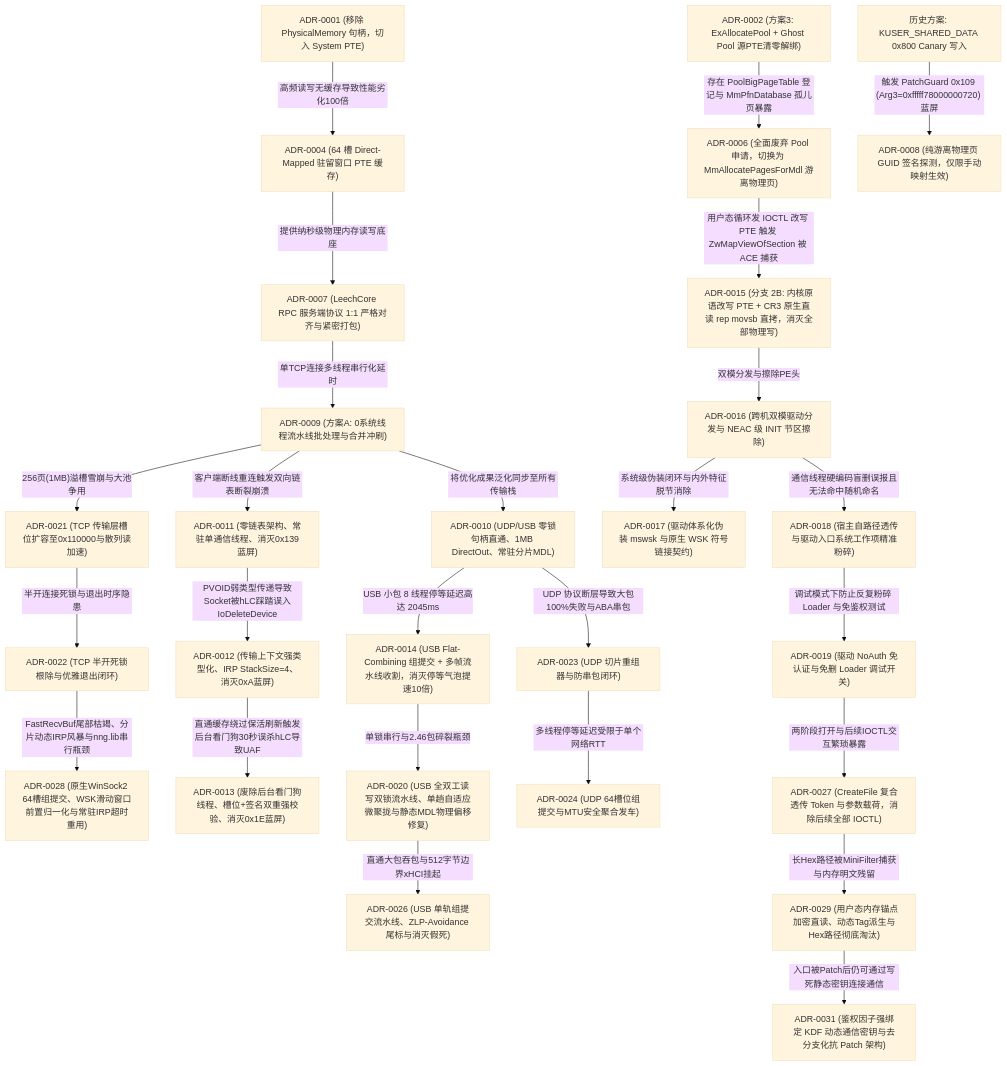
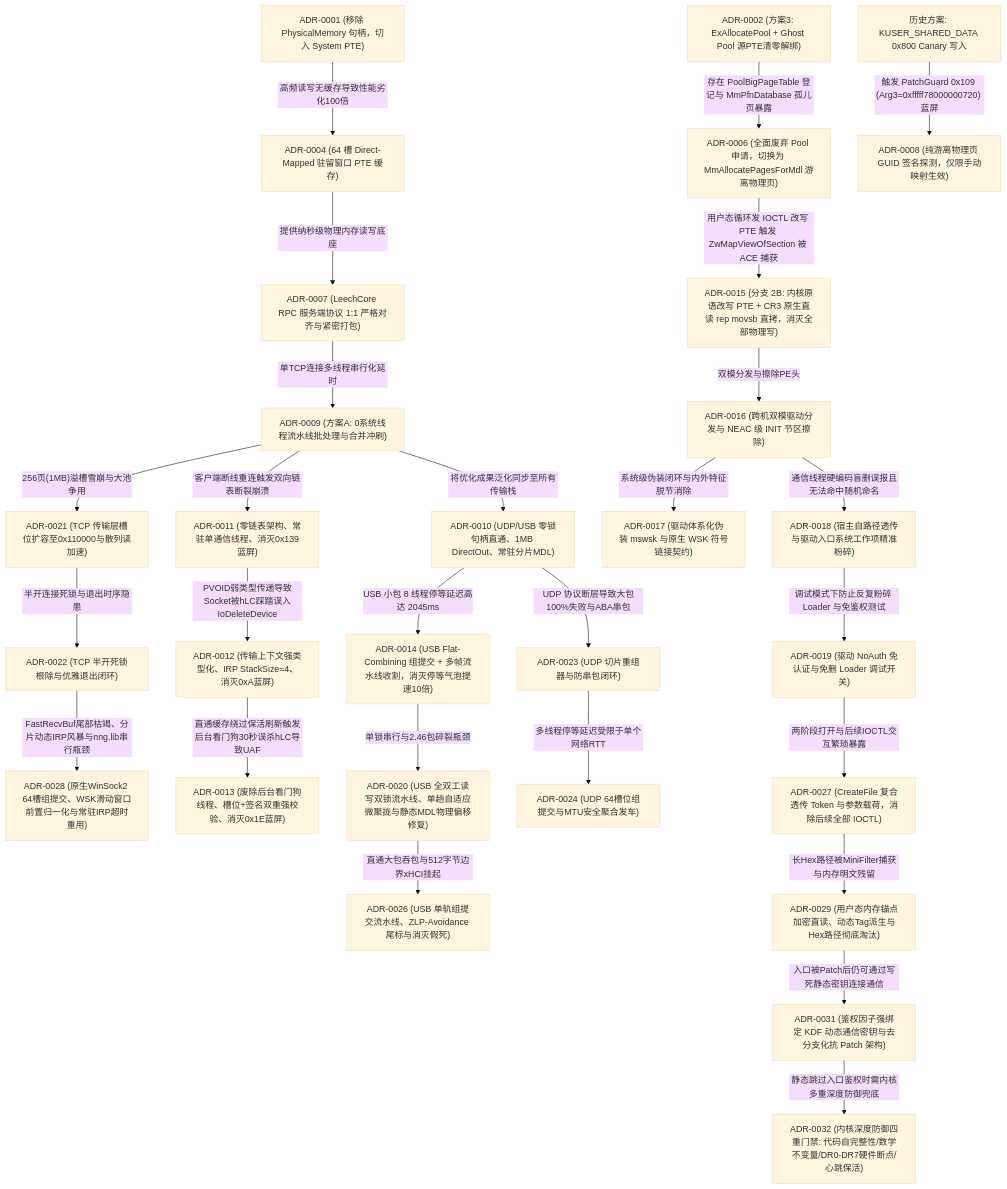
Before and after one commit to zhugeliang666/CheatDrv: the diagram in docs/decisions/README.md, drawn with Mermaid (base theme). The commit also changed other lines of this file and 5 other files, not shown here.

````diff
--- a/docs/decisions/README.md
+++ b/docs/decisions/README.md
@@ -47,29 +48,30 @@
 ```mermaid
 
 graph TD
     A["ADR-0002 (方案3: ExAllocatePool + Ghost Pool 源PTE清零解绑)"] --"存在 PoolBigPageTable 登记与 MmPfnDatabase 孤儿页暴露"--> B["ADR-0006 (全面废弃 Pool 申请，切换为 MmAllocatePagesForMdl 游离物理页)"]
     B --"用户态循环发 IOCTL 改写 PTE 触发 ZwMapViewOfSection 被 ACE 捕获"--> N["ADR-0015 (分支 2B: 内核原语改写 PTE + CR3 原生直读 rep movsb 直拷，消灭全部物理写)"]
     C["ADR-0001 (移除 PhysicalMemory 句柄，切入 System PTE)"] --"高频读写无缓存导致性能劣化100倍"--> D["ADR-0004 (64 槽 Direct-Mapped 驻留窗口 PTE 缓存)"]
     D --"提供纳秒级物理内存读写底座"--> E["ADR-0007 (LeechCore RPC 服务端协议 1:1 严格对齐与紧密打包)"]
     F["历史方案: KUSER_SHARED_DATA 0x800 Canary 写入"] --"触发 PatchGuard 0x109 (Arg3=0xfffff78000000720) 蓝屏"--> G["ADR-0008 (纯游离物理页 GUID 签名探测，仅限手动映射生效)"]
     E --"单TCP连接多线程串行化延时"--> H["ADR-0009 (方案A: 0系统线程流水线批处理与合并冲刷)"]
     H --"将优化成果泛化同步至所有传输栈"--> I["ADR-0010 (UDP/USB 零锁句柄直通、1MB DirectOut、常驻分片MDL)"]
     H --"256页(1MB)溢槽雪崩与大池争用"--> U["ADR-0021 (TCP 传输层槽位扩容至0x110000与散列读加速)"]
     U --"半开连接死锁与退出时序隐患"--> Z1["ADR-0022 (TCP 半开死锁根除与优雅退出闭环)"]
     Z1 --"FastRecvBuf尾部枯竭、分片动态IRP风暴与nng.lib串行瓶颈"--> Z2["ADR-0028 (原生WinSock2 64槽组提交、WSK滑动窗口前置归一化与常驻IRP超时重用)"]
     H --"客户端断线重连触发双向链表断裂崩溃"--> J["ADR-0011 (零链表架构、常驻单通信线程、消灭0x139蓝屏)"]
     J --"PVOID弱类型传递导致Socket被hLC踩踏误入IoDeleteDevice"--> K["ADR-0012 (传输上下文强类型化、IRP StackSize=4、消灭0xA蓝屏)"]
     K --"直通缓存绕过保活刷新触发后台看门狗30秒误杀hLC导致UAF"--> L["ADR-0013 (废除后台看门狗线程、槽位+签名双重强校验、消灭0x1E蓝屏)"]
     I --"USB 小包 8 线程停等延迟高达 2045ms"--> M["ADR-0014 (USB Flat-Combining 组提交 + 多帧流水线收割，消灭停等气泡提速10倍)"]
     M --"单锁串行与2.46包碎裂瓶颈"--> T["ADR-0020 (USB 全双工读写双锁流水线、单趟自适应微聚拢与静态MDL物理偏移修复)"]
     T --"直通大包吞包与512字节边界xHCI挂起"--> X["ADR-0026 (USB 单轨组提交流水线、ZLP-Avoidance 尾标与消灭假死)"]
     I --"UDP 协议断层导致大包100%失败与ABA串包"--> V["ADR-0023 (UDP 切片重组器与防串包闭环)"]
     V --"多线程停等延迟受限于单个网络RTT"--> W["ADR-0024 (UDP 64槽位组提交与MTU安全聚合发车)"]
     N --"双模分发与擦除PE头"--> P["ADR-0016 (跨机双模驱动分发与 NEAC 级 INIT 节区擦除)"]
     P --"系统级伪装闭环与内外特征脱节消除"--> Q["ADR-0017 (驱动体系化伪装 mswsk 与原生 WSK 符号链接契约)"]
     P --"通信线程硬编码盲删误报且无法命中随机命名"--> R["ADR-0018 (宿主自路径透传与驱动入口系统工作项精准粉碎)"]
     R --"调试模式下防止反复粉碎 Loader 与免鉴权测试"--> S["ADR-0019 (驱动 NoAuth 免认证与免删 Loader 调试开关)"]
     S --"两阶段打开与后续IOCTL交互繁琐暴露"--> Y["ADR-0027 (CreateFile 复合透传 Token 与参数载荷，消除后续全部 IOCTL)"]
     Y --"长Hex路径被MiniFilter捕获与内存明文残留"--> Z3["ADR-0029 (用户态内存锚点加密直读、动态Tag派生与Hex路径彻底淘汰)"]
     Z3 --"入口被Patch后仍可通过写死静态密钥连接通信"--> Z4["ADR-0031 (鉴权因子强绑定 KDF 动态通信密钥与去分支化抗 Patch 架构)"]
+    Z4 --"静态跳过入口鉴权时需内核多重深度防御兜底"--> Z5["ADR-0032 (内核深度防御四重门禁: 代码自完整性/数学不变量/DR0-DR7硬件断点/心跳保活)"]
 ```
````
